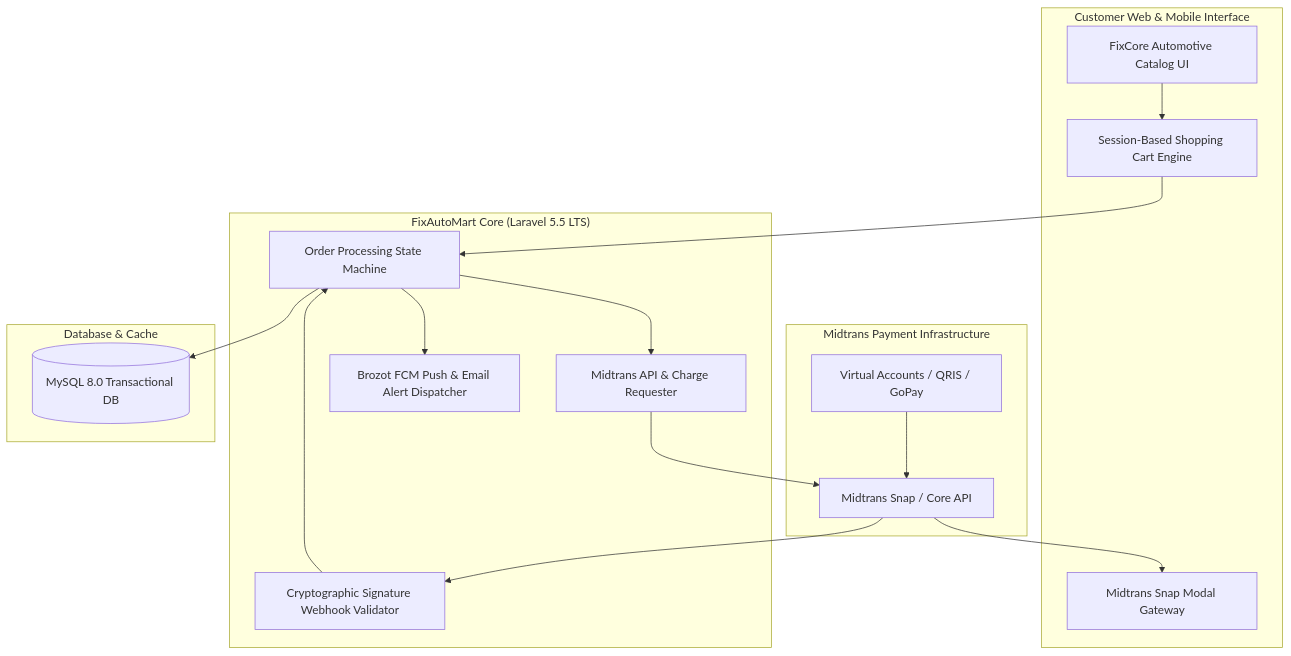
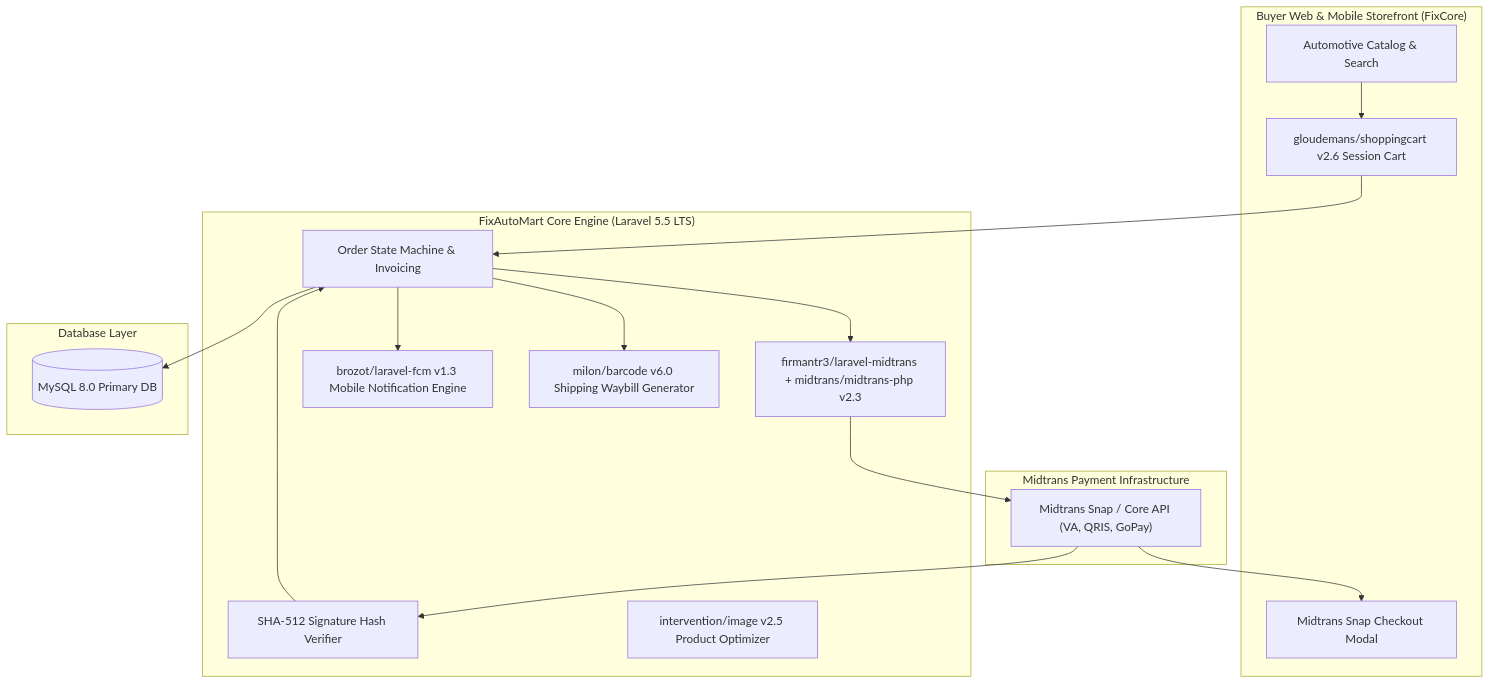
The diagram in experience/pt-qira-teknologi-indonesia/overview-projects/fixautomart/ARCHITECTURE.md (MHendriF/my-resume), drawn with Mermaid before and after one commit. The commit also changed other lines of this file and 27 other files, not shown here.

Commit message:
docs: synchronize all ARCHITECTURE.md files with exact package.json and composer.json manifests

````diff
--- a/experience/pt-qira-teknologi-indonesia/overview-projects/fixautomart/ARCHITECTURE.md
+++ b/experience/pt-qira-teknologi-indonesia/overview-projects/fixautomart/ARCHITECTURE.md
@@ -19,31 +19,32 @@
 ```mermaid
 flowchart TD
-    subgraph BuyerClient ["Customer Web & Mobile Interface"]
-        Storefront["FixCore Automotive Catalog UI"]
-        Cart["Session-Based Shopping Cart Engine"]
-        SnapUI["Midtrans Snap Modal Gateway"]
+    subgraph BuyerStorefront ["Buyer Web & Mobile Storefront (FixCore)"]
+        CatalogView["Automotive Catalog & Search"]
+        CartEngine["gloudemans/shoppingcart v2.6 Session Cart"]
+        MidtransSnap["Midtrans Snap Checkout Modal"]
     end
 
-    subgraph CoreBackend ["FixAutoMart Core (Laravel 5.5 LTS)"]
-        OrderManager["Order Processing State Machine"]
-        PaymentController["Midtrans API & Charge Requester"]
-        WebhookHandler["Cryptographic Signature Webhook Validator"]
-        NotificationEngine["Brozot FCM Push & Email Alert Dispatcher"]
+    subgraph BackendCore ["FixAutoMart Core Engine (Laravel 5.5 LTS)"]
+        OrderStateMachine["Order State Machine & Invoicing"]
+        MidtransBridge["firmantr3/laravel-midtrans + midtrans/midtrans-php v2.3"]
+        WebhookCrypto["SHA-512 Signature Hash Verifier"]
+        PushDispatcher["brozot/laravel-fcm v1.3 Mobile Notification Engine"]
+        BarcodeLabel["milon/barcode v6.0 Shipping Waybill Generator"]
+        ImageProcessing["intervention/image v2.5 Product Optimizer"]
     end
 
-    subgraph PaymentGateway ["Midtrans Payment Infrastructure"]
-        MidtransAPI["Midtrans Snap / Core API"]
-        PaymentRails["Virtual Accounts / QRIS / GoPay"]
+    subgraph PaymentRail ["Midtrans Payment Infrastructure"]
+        MidtransCore["Midtrans Snap / Core API (VA, QRIS, GoPay)"]
     end
 
-    subgraph DataStore ["Database & Cache"]
-        MySQL_DB[(MySQL 8.0 Transactional DB)]
+    subgraph DBStore ["Database Layer"]
+        MySQL_DB[(MySQL 8.0 Primary DB)]
     end
 
-    Storefront --> Cart --> OrderManager
-    OrderManager --> PaymentController --> MidtransAPI
-    MidtransAPI --> SnapUI
-    PaymentRails --> MidtransAPI --> WebhookHandler
-    WebhookHandler --> OrderManager --> MySQL_DB
-    OrderManager --> NotificationEngine
+    CatalogView --> CartEngine --> OrderStateMachine
+    OrderStateMachine --> MidtransBridge --> MidtransCore
+    MidtransCore --> MidtransSnap
+    MidtransCore --> WebhookCrypto --> OrderStateMachine --> MySQL_DB
+    OrderStateMachine --> PushDispatcher
+    OrderStateMachine --> BarcodeLabel
 ```
````
